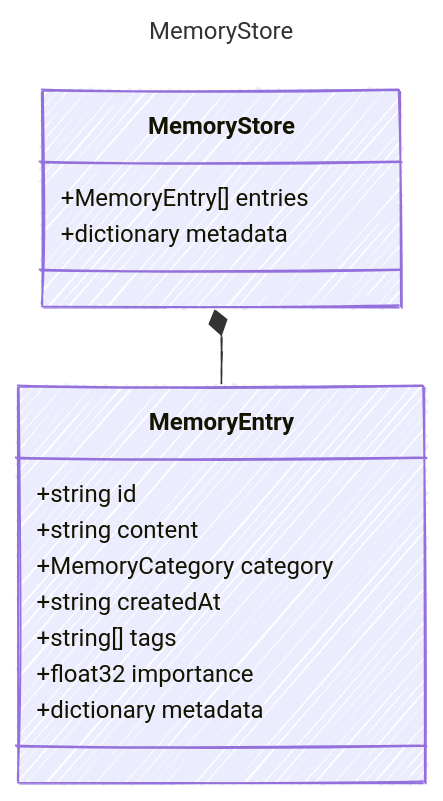
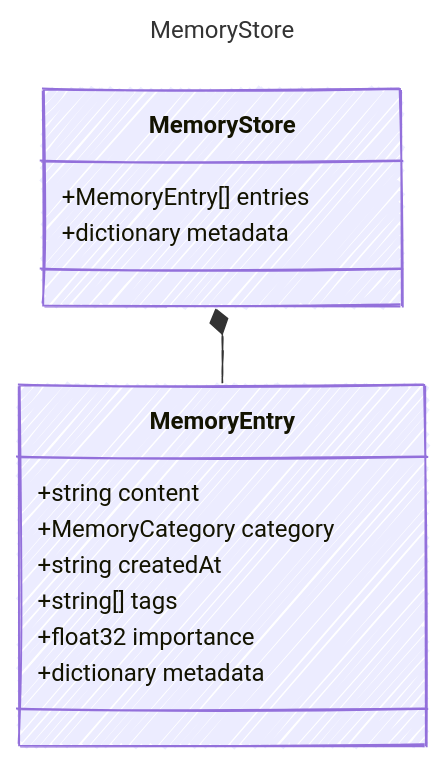
One commit to microsoft/prompty changed the diagram in web/src/content/docs/reference/MemoryStore.md. Above: the diagram before and after it, drawn with Mermaid. The commit also changed 29 other files, not shown here.

````diff
--- a/web/src/content/docs/reference/MemoryStore.md
+++ b/web/src/content/docs/reference/MemoryStore.md
@@ -16,25 +16,24 @@
 ```mermaid
 ---
 title: MemoryStore
 config:
   look: handDrawn
   theme: colorful
   class:
     hideEmptyMembersBox: true
 ---
 classDiagram
     class MemoryStore {
         +MemoryEntry[] entries
         +dictionary metadata
     }
     class MemoryEntry {
-        +string id
         +string content
         +MemoryCategory category
         +string createdAt
         +string[] tags
         +float32 importance
         +dictionary metadata
     }
     MemoryStore *-- MemoryEntry
 ```
````
